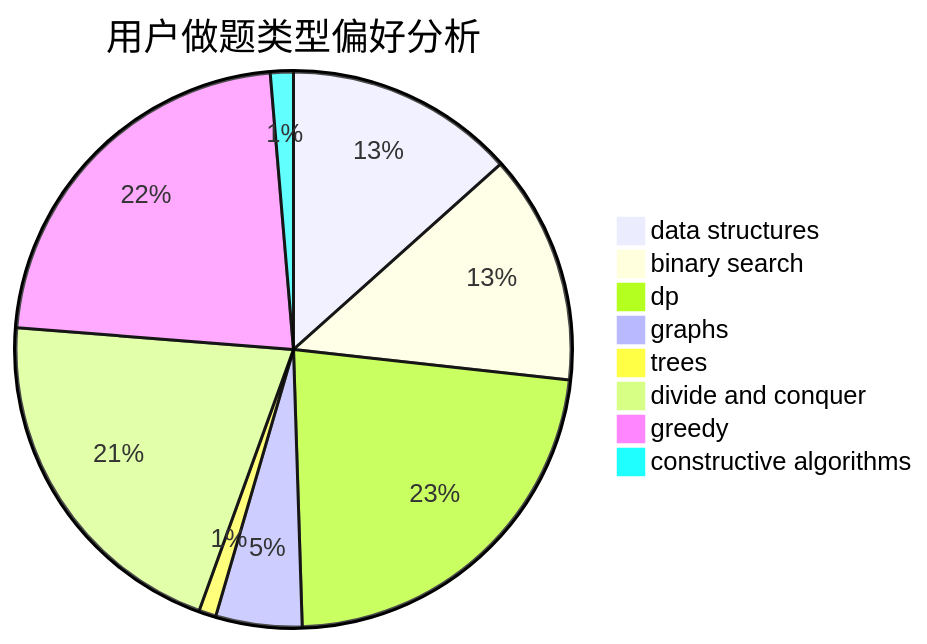
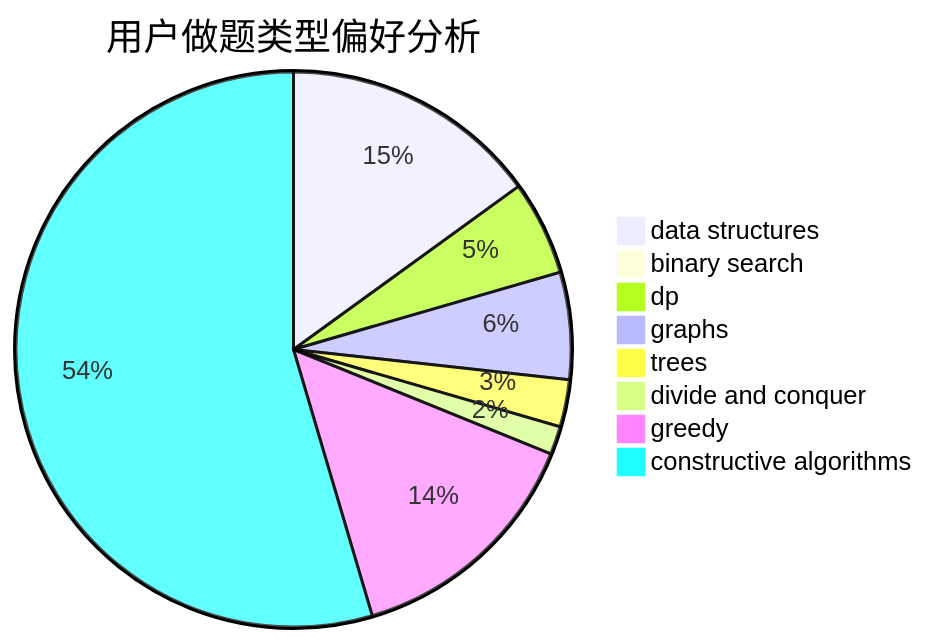
One commit to sherpahu/cfrs.github.io changed the second of 3 diagrams in docs/user/u1638.md. Above: the diagram before and after it, drawn with Mermaid. The commit also changed other lines of this file and 2770 other files, not shown here.

````diff
--- a/docs/user/u1638.md
+++ b/docs/user/u1638.md
@@ -23,11 +23,11 @@
 ```mermaid
 pie title 用户做题类型偏好分析
-    "data structures" :  40
-    "binary search" :  40
-    "dp" :  68
-    "graphs" :  15
-    "trees" :  3
-    "divide and conquer" :  62
-    "greedy" :  67
-    "constructive algorithms" :  4
+    "data structures" :  82
+    "binary search" :  5
+    "dp" :  30
+    "graphs" :  34
+    "trees" :  15
+    "divide and conquer" :  9
+    "greedy" :  78
+    "constructive algorithms" :  298
 ```
````
